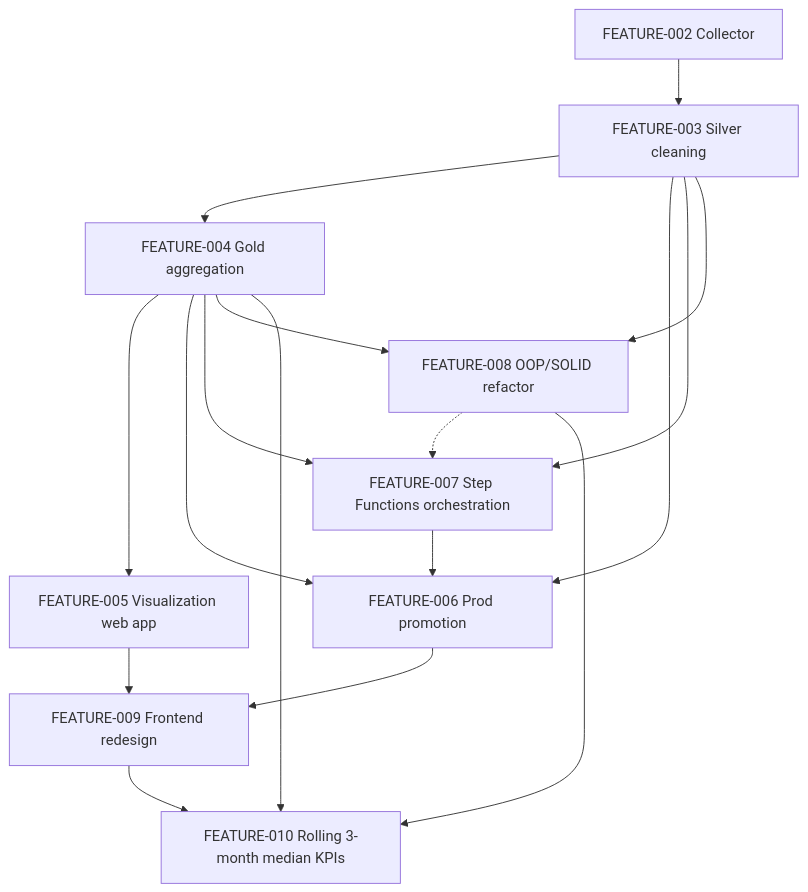
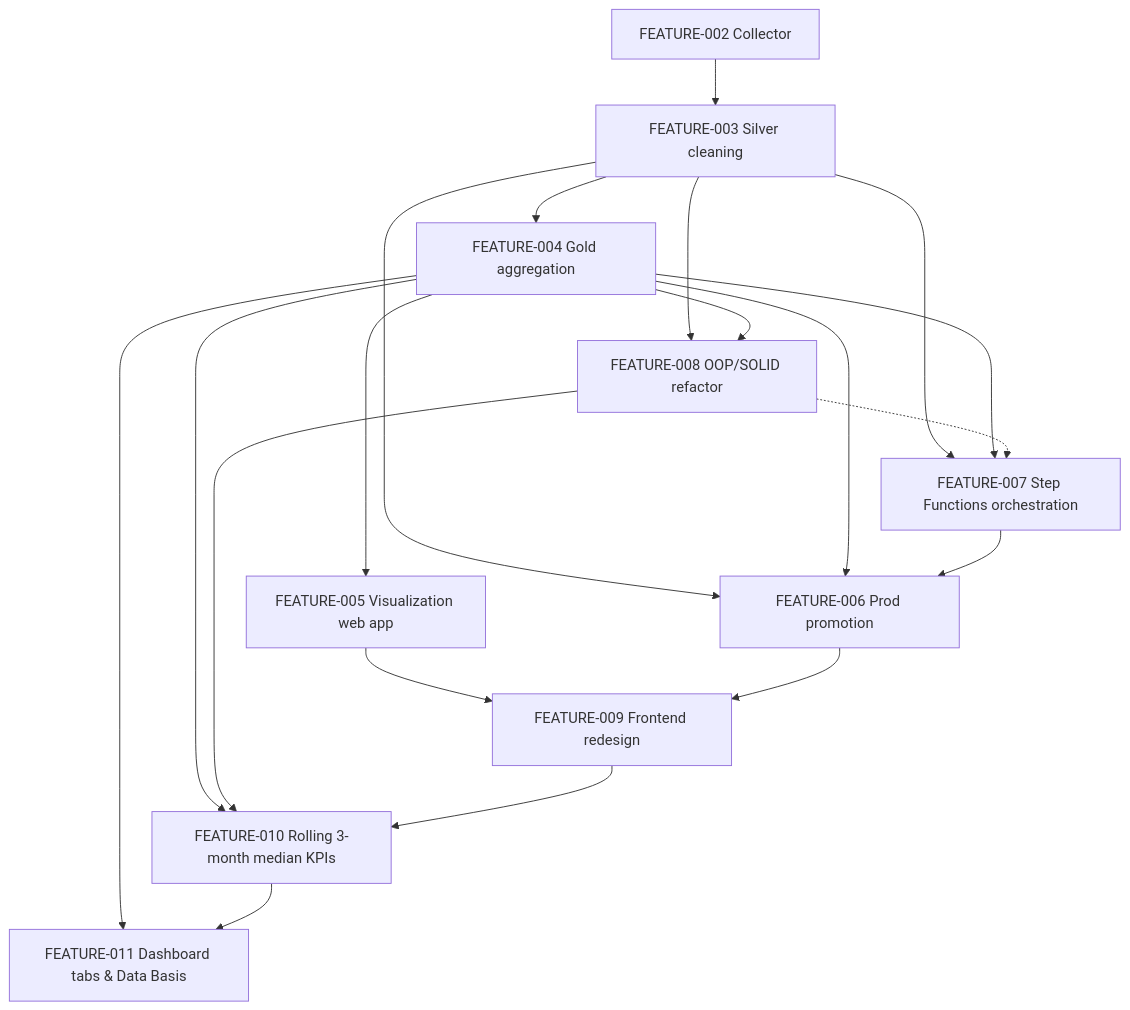
One commit to LeopoldWalther/vlc-real-estate-analytics changed the diagram in dev/plans/README.md. Above: the diagram before and after it, drawn with Mermaid. The commit also changed other lines of this file and 3 other files, not shown here.

````diff
--- a/dev/plans/README.md
+++ b/dev/plans/README.md
@@ -25,19 +26,21 @@
 ```mermaid
 graph TD
     F002[FEATURE-002 Collector] --> F003[FEATURE-003 Silver cleaning]
     F003 --> F004[FEATURE-004 Gold aggregation]
     F004 --> F005[FEATURE-005 Visualization web app]
     F003 --> F006[FEATURE-006 Prod promotion]
     F004 --> F006
     F003 --> F007[FEATURE-007 Step Functions orchestration]
     F004 --> F007
     F007 --> F006
     F003 --> F008[FEATURE-008 OOP/SOLID refactor]
     F004 --> F008
     F008 -.-> F007
     F005 --> F009[FEATURE-009 Frontend redesign]
     F006 --> F009
     F004 --> F010[FEATURE-010 Rolling 3-month median KPIs]
     F008 --> F010
     F009 --> F010
+    F004 --> F011[FEATURE-011 Dashboard tabs & Data Basis]
+    F010 --> F011
 ```
````
